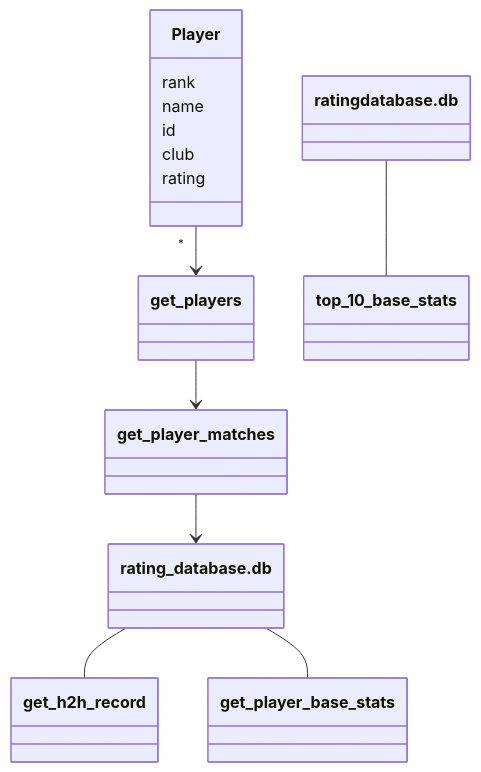
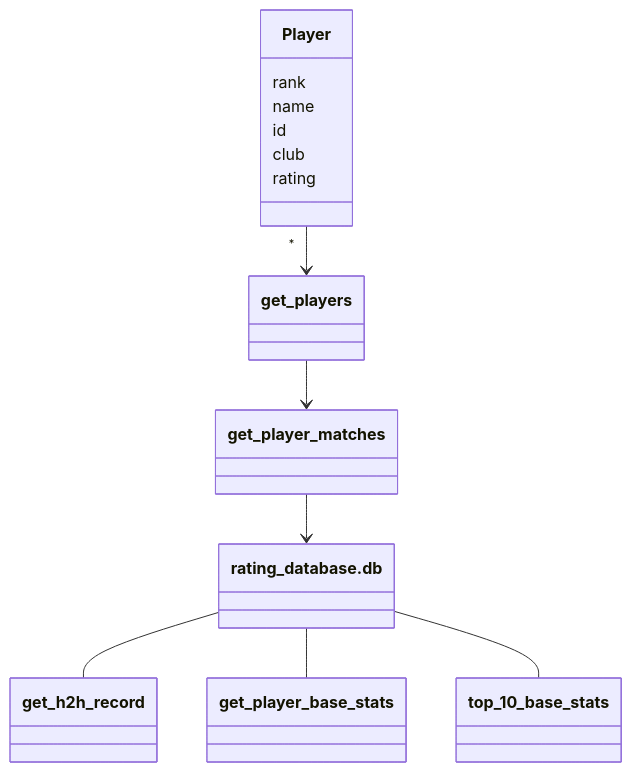
The diagram in harjoitustyo/dokumentaatio/arkkitehtuuri.md (OttoSFelix/ot-harjoitustyo), drawn with Mermaid before and after one commit.

Commit message:
arkkitehtuuri fix

````diff
--- a/harjoitustyo/dokumentaatio/arkkitehtuuri.md
+++ b/harjoitustyo/dokumentaatio/arkkitehtuuri.md
@@ -8,16 +8,16 @@
 ```mermaid
  classDiagram
       Player "*" -->  get_players
       class Player{
           rank
           name
 	  id
 	  club
 	  rating
       }
       get_players --> get_player_matches
       get_player_matches --> rating_database.db
       rating_database.db -- get_h2h_record
       rating_database.db -- get_player_base_stats
-      rating database.db -- top_10_base_stats
+      rating_database.db -- top_10_base_stats
 ```
````
